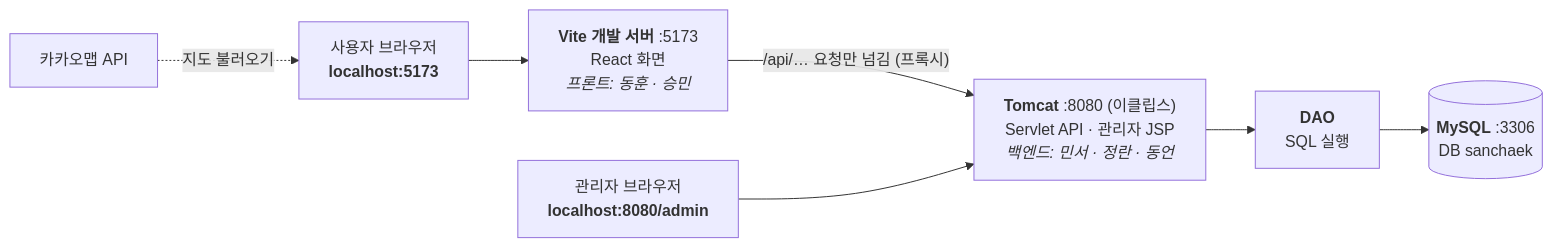
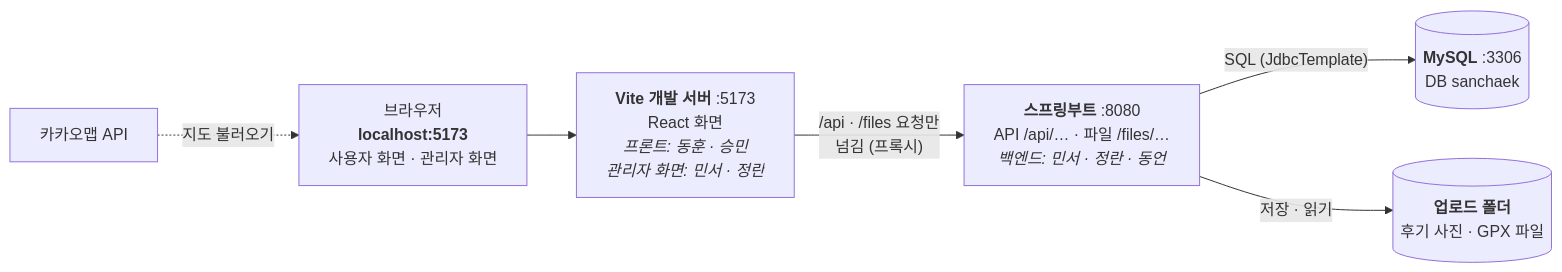
The diagram in docs/images/architecture.mmd (AnemoneCoronaria/Team_walk), drawn with Mermaid before and after one commit. The commit also changed 4 other files, not shown here.

```diff
--- a/docs/images/architecture.mmd
+++ b/docs/images/architecture.mmd
@@ -1,13 +1,12 @@
 flowchart LR
     K["카카오맵 API"]
-    B["사용자 브라우저<br/><b>localhost:5173</b>"]
-    AD["관리자 브라우저<br/><b>localhost:8080/admin</b>"]
-    V["<b>Vite 개발 서버</b> :5173<br/>React 화면<br/><i>프론트: 동훈 · 승민</i>"]
-    T["<b>Tomcat</b> :8080 (이클립스)<br/>Servlet API · 관리자 JSP<br/><i>백엔드: 민서 · 정란 · 동언</i>"]
-    D["<b>DAO</b><br/>SQL 실행"]
+    B["브라우저<br/><b>localhost:5173</b><br/>사용자 화면 · 관리자 화면"]
+    V["<b>Vite 개발 서버</b> :5173<br/>React 화면<br/><i>프론트: 동훈 · 승민</i><br/><i>관리자 화면: 민서 · 정란</i>"]
+    S["<b>스프링부트</b> :8080<br/>API /api/… · 파일 /files/…<br/><i>백엔드: 민서 · 정란 · 동언</i>"]
     M[("<b>MySQL</b> :3306<br/>DB sanchaek")]
+    U[("<b>업로드 폴더</b><br/>후기 사진 · GPX 파일")]
     K -. "지도 불러오기" .-> B
     B --> V
-    V -- "/api/… 요청만 넘김 (프록시)" --> T
-    AD --> T
-    T --> D --> M
+    V -- "/api · /files 요청만<br/>넘김 (프록시)" --> S
+    S -- "SQL (JdbcTemplate)" --> M
+    S -- "저장 · 읽기" --> U
```
